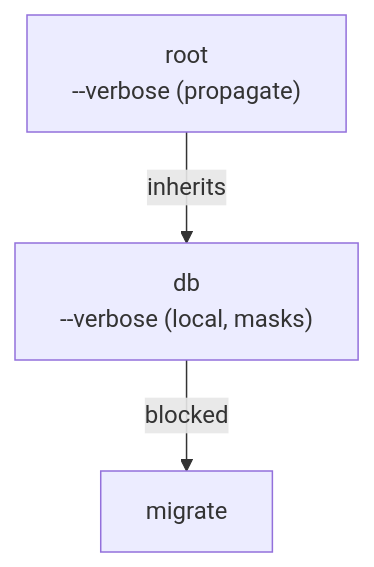
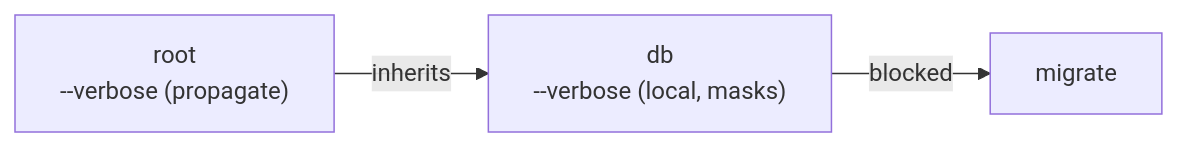
Before and after one commit to kjanat/dreamcli: the third of 3 diagrams in apps/docs/guide/semantics.md, drawn with Mermaid. The commit also changed 3 other files, not shown here.

````diff
--- a/apps/docs/guide/semantics.md
+++ b/apps/docs/guide/semantics.md
@@ -189,5 +189,5 @@
 ```mermaid
-flowchart TD
+flowchart LR
   root["root<br/>--verbose (propagate)"] -->|inherits| db["db<br/>--verbose (local, masks)"]
   db -->|blocked| migrate
 ```
````
